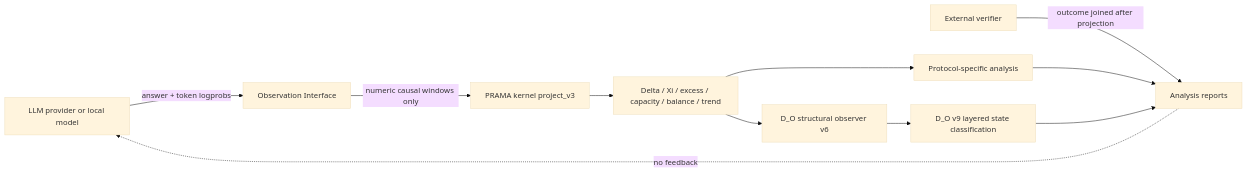
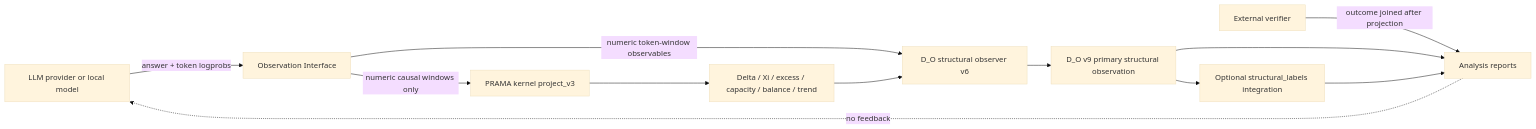
Before and after one commit to gacj0901/LLM-SVM_PRAMA-Protokol: the diagram in docs/ARCHITECTURE.md, drawn with Mermaid (base theme). The commit also changed other lines of this file and 14 other files, not shown here.

Commit message:
Formalize D_O v9 as primary post-kernel structural observer

````diff
--- a/docs/ARCHITECTURE.md
+++ b/docs/ARCHITECTURE.md
@@ -11,13 +11,14 @@
 ```mermaid
 flowchart LR
     M[LLM provider or local model] -->|answer + token logprobs| O[Observation Interface]
     O -->|numeric causal windows only| K[PRAMA kernel project_v3]
     K --> G[Delta / Xi / excess / capacity / balance / trend]
-    G --> C[Protocol-specific analysis]
+    O -->|numeric token-window observables| V6
     G --> V6[D_O structural observer v6]
-    V6 --> V9[D_O v9 layered state classification]
+    V6 --> V9[D_O v9 primary structural observation]
+    V9 --> L[Optional structural_labels integration]
     X[External verifier] -->|outcome joined after projection| A[Analysis reports]
-    C --> A
     V9 --> A
+    L --> A
     A -. no feedback .-> M
 ```
````
